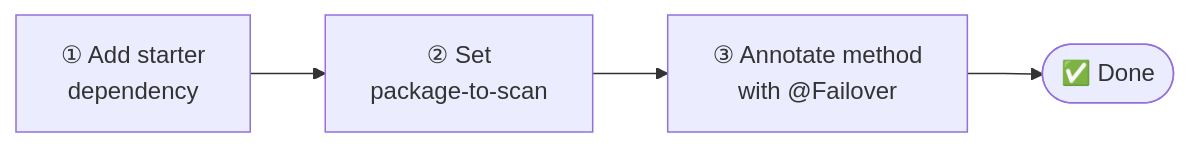
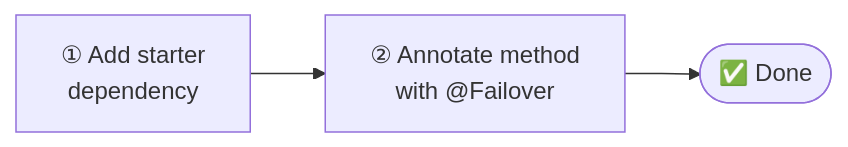
One commit to societe-generale/failover changed the diagram in docs/getting-started/index.md. Above: the diagram before and after it, drawn with Mermaid. The commit also changed other lines of this file and 113 other files, not shown here.

````diff
--- a/docs/getting-started/index.md
+++ b/docs/getting-started/index.md
@@ -9,6 +9,5 @@
 ```mermaid
 flowchart LR
-    A["① Add starter\ndependency"] --> B["② Set\npackage-to-scan"]
-    B --> C["③ Annotate method\nwith @Failover"]
-    C --> D(["✅ Done"])
+    A["① Add starter\ndependency"] --> B["② Annotate method\nwith @Failover"]
+    B --> C(["✅ Done"])
 ```
````
